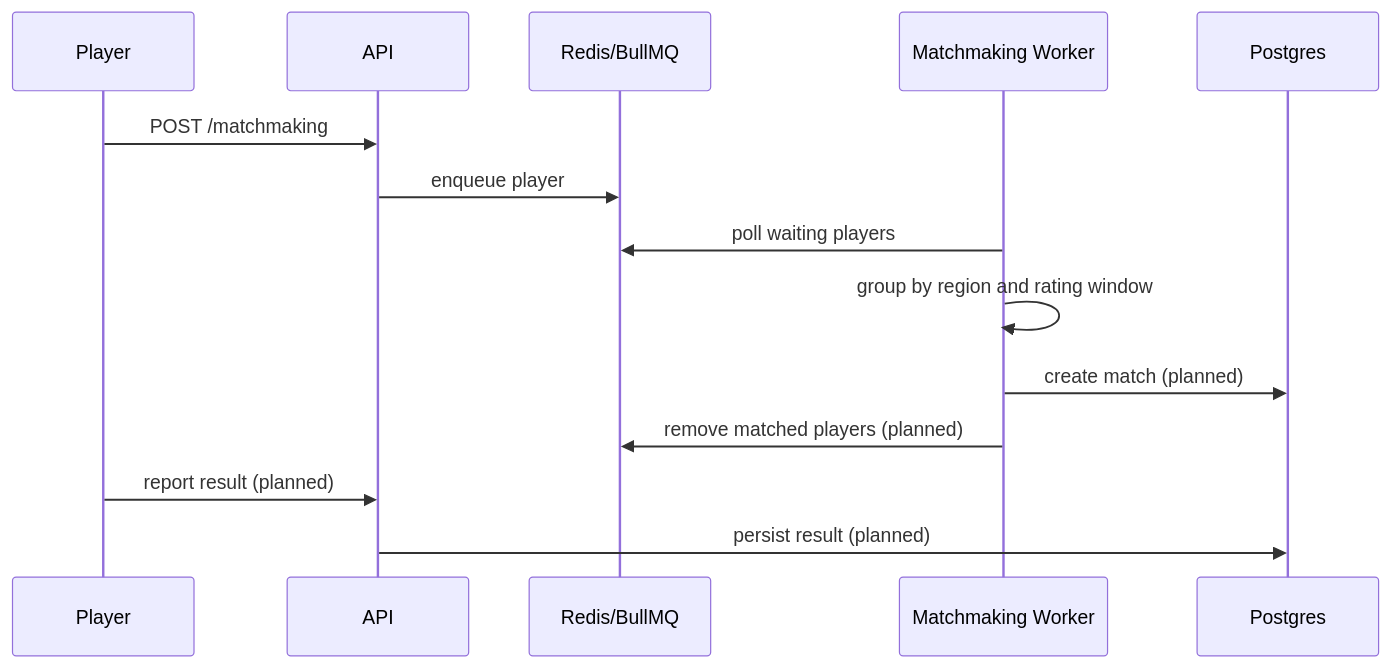
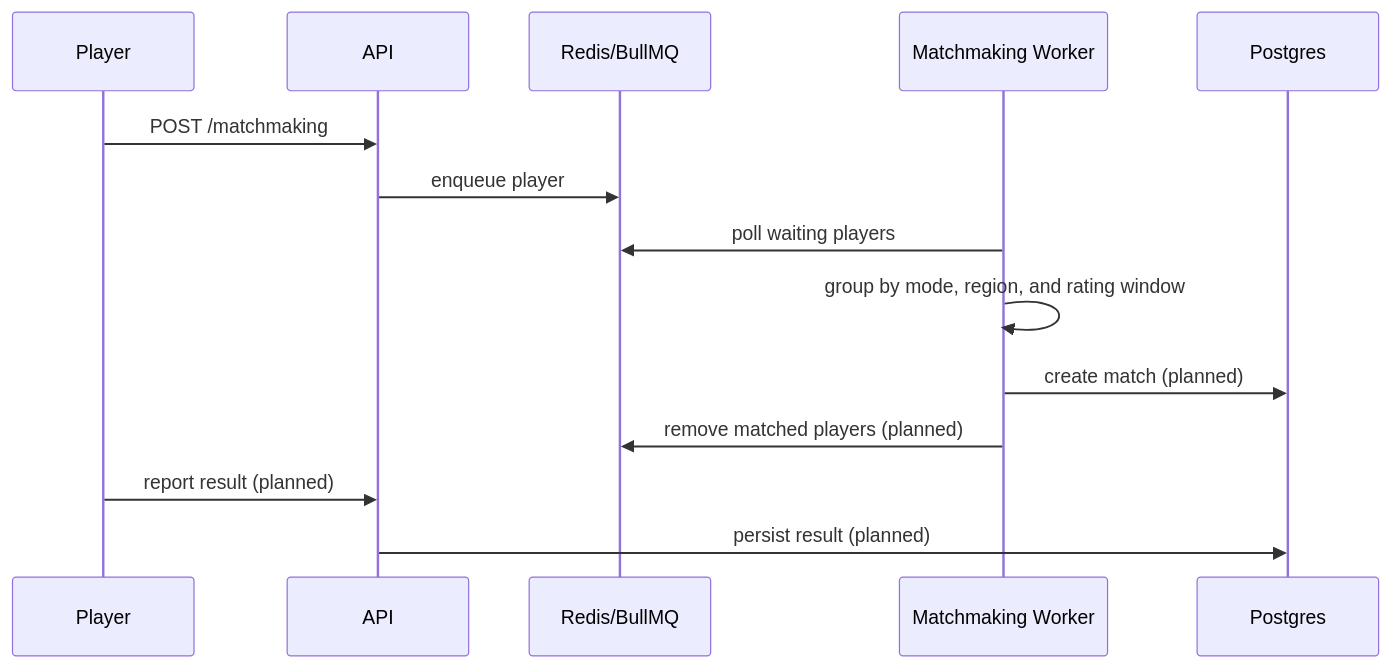
The second of 2 diagrams in docs/architecture.md (keezeden/qtime), drawn with Mermaid before and after one commit. The commit also changed other lines of this file and 21 other files, not shown here.

````diff
--- a/docs/architecture.md
+++ b/docs/architecture.md
@@ -97,17 +98,17 @@
 ```mermaid
 sequenceDiagram
   participant Player
   participant API
   participant Redis as Redis/BullMQ
   participant Worker as Matchmaking Worker
   participant DB as Postgres
 
   Player->>API: POST /matchmaking
   API->>Redis: enqueue player
   Worker->>Redis: poll waiting players
-  Worker->>Worker: group by region and rating window
+  Worker->>Worker: group by mode, region, and rating window
   Worker->>DB: create match (planned)
   Worker->>Redis: remove matched players (planned)
   Player->>API: report result (planned)
   API->>DB: persist result (planned)
 ```
````
